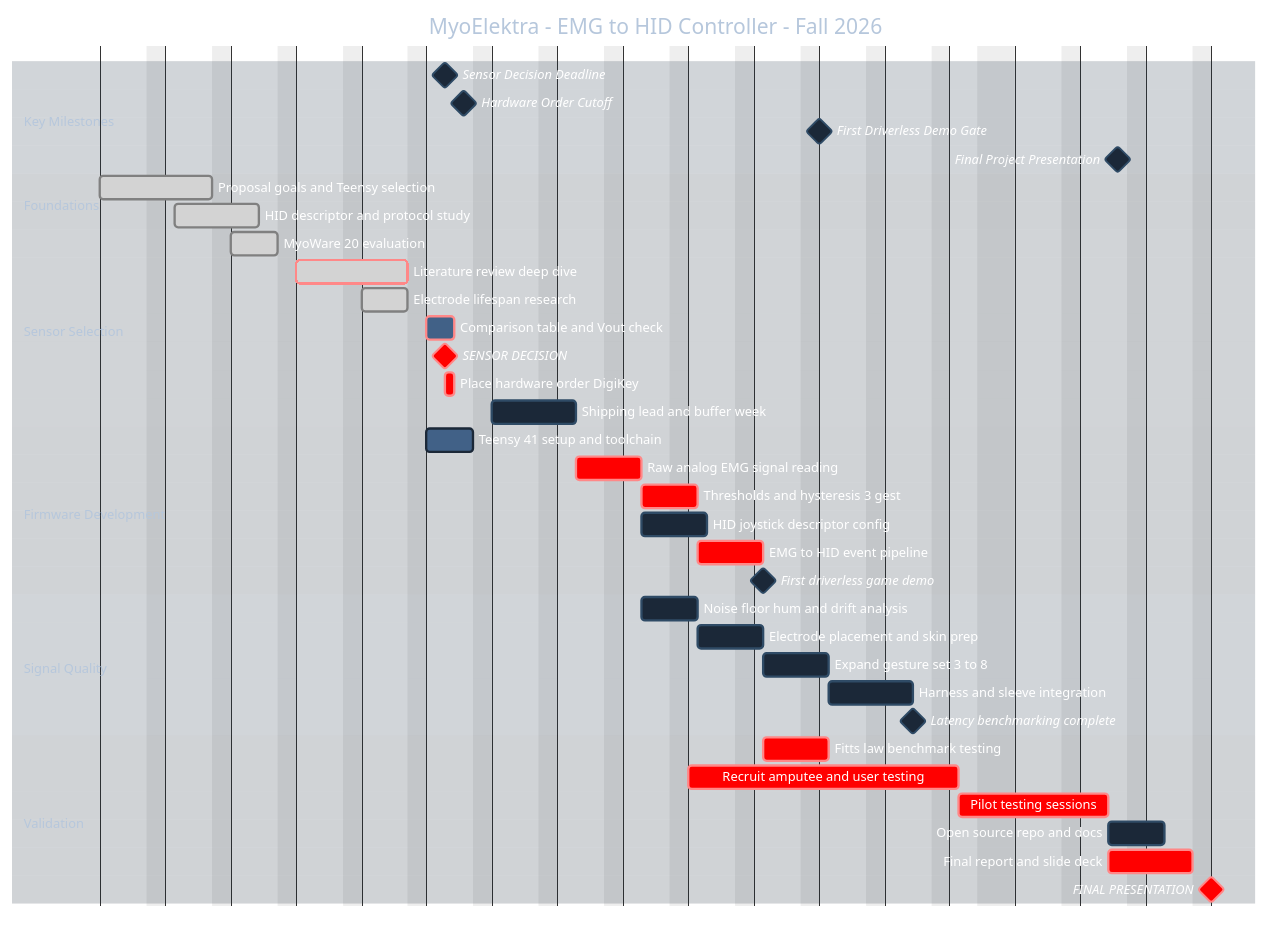
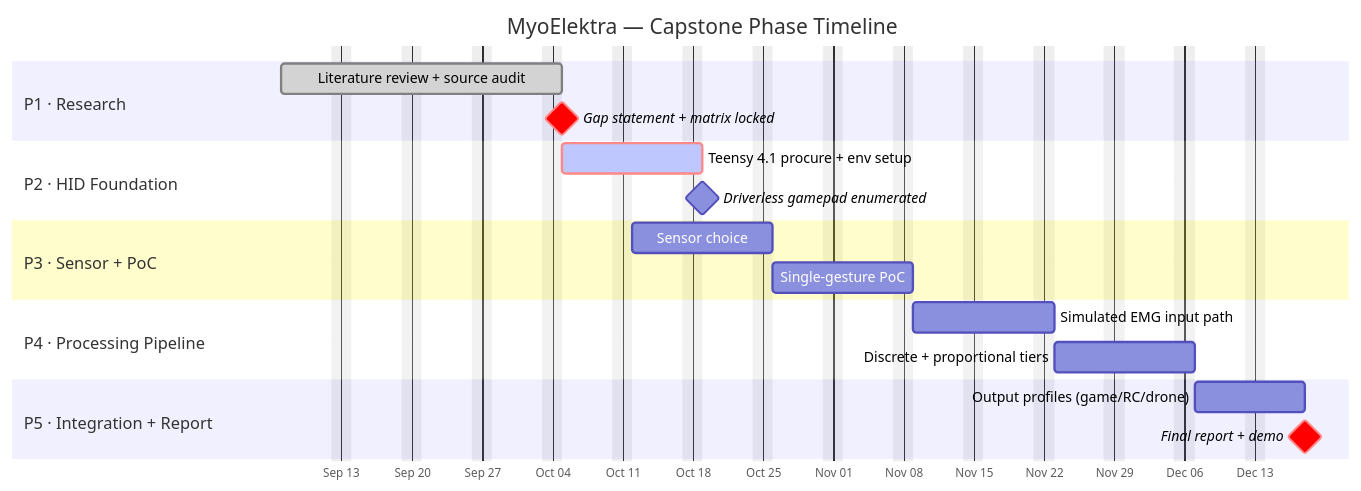
Before and after one commit to alexs-2020/MyoElektra: the diagram in README.md, drawn with Mermaid.

Commit message:
Revise Gantt chart for project timeline
Updated Gantt chart in README to reflect new project phases and milestones.

````diff
--- a/README.md
+++ b/README.md
@@ -17,52 +17,42 @@
 ```mermaid
-%%{init: {'theme': 'base', 'themeVariables': { 'primaryColor': '#1b2838', 'primaryBorderColor': '#2f4b66', 'primaryTextColor': '#ffffff', 'sectionBkgColor': '#1d2f42', 'altSectionBkgColor': '#152332', 'gridColor': '#3a5878', 'todayLineColor': '#f5c518'}}}%%
+%%{init: {"gantt": {
+  "useWidth": 1180,
+  "leftPadding": 230,
+  "barHeight": 26,
+  "barGap": 8,
+  "sectionFontSize": 14,
+  "fontSize": 12,
+  "gridColor": "#c9c9c9",
+  "todayLineColor": "#e63946",
+  "sectionBkgColor": ["#f2f4f8", "#ffffff"],
+  "altBkgColor": ["#fafbfd", "#f2f4f8"],
+  "taskTextColor": "#111111",
+  "sectionBkgColorTransparency": false
+}}}%%
 gantt
-    title MyoElektra - EMG to HID Controller - Fall 2026
+    title MyoElektra — Capstone Phase Timeline
     dateFormat  YYYY-MM-DD
     axisFormat  %b %d
     tickInterval 1week
-    weekday monday
-    excludes weekends, 2026-11-26, 2026-11-27, 2026-11-28
+    excludes    weekends
 
-    section Key Milestones
-    Sensor Decision Deadline           :milestone, vm1, 2026-09-30, 0d
-    Hardware Order Cutoff              :milestone, vm2, 2026-10-02, 0d
-    First Driverless Demo Gate         :milestone, vm3, 2026-11-09, 0d
-    Final Project Presentation         :milestone, vm4, 2026-12-11, 0d
+    section P1 · Research
+    Literature review + source audit  :done,      p1, 2026-09-07, 2026-10-05
+    Gap statement + matrix locked     :milestone, crit, m1, 2026-10-05, 0d
 
-    section Foundations
-    Proposal goals and Teensy selection :done, f1, 2026-08-24, 10d
-    HID descriptor and protocol study   :done, f2, 2026-09-01, 7d
+    section P2 · HID Foundation
+    Teensy 4.1 procure + env setup   :active,    crit, p2, 2026-10-05, 2026-10-19
+    Driverless gamepad enumerated    :milestone, m2, 2026-10-19, 0d
 
-    section Sensor Selection
-    MyoWare 20 evaluation               :done, s1, 2026-09-07, 5d
-    Literature review deep dive         :done, crit, s2, 2026-09-14, 10d
-    Electrode lifespan research         :done, s3, 2026-09-21, 5d
-    Comparison table and Vout check     :active, crit, s4, 2026-09-28, 3d
-    SENSOR DECISION                     :milestone, crit, m2, 2026-09-30, 0d
-    Place hardware order DigiKey        :crit, o1, after m2, 1d
-    Shipping lead and buffer week       :o2, 2026-10-05, 7d
+    section P3 · Sensor + PoC
+    Sensor choice: Olimex vs MyoWare :           p3a, 2026-10-12, 2026-10-26
+    Single-gesture PoC               :           p3b, 2026-10-26, 2026-11-09
 
-    section Firmware Development
-    Teensy 41 setup and toolchain       :active, w1, 2026-09-28, 5d
-    Raw analog EMG signal reading       :crit, w2, after o2, 5d
-    Thresholds and hysteresis 3 gest    :crit, w3, after w2, 4d
-    HID joystick descriptor config      :w4, after w2, 5d
-    EMG to HID event pipeline           :crit, w5, after w3, 5d
-    First driverless game demo          :milestone, m3, after w5, 0d
+    section P4 · Processing Pipeline
+    Simulated EMG input path         :           p4a, 2026-11-09, 2026-11-23
+    Discrete + proportional tiers   :           p4b, 2026-11-23, 2026-12-07
 
-    section Signal Quality
-    Noise floor hum and drift analysis  :q1, after w2, 4d
-    Electrode placement and skin prep   :q2, after q1, 5d
-    Expand gesture set 3 to 8           :q3, after q2, 5d
-    Harness and sleeve integration      :q4, after q3, 7d
-    Latency benchmarking complete       :milestone, m4, after q4, 0d
-
-    section Validation
-    Fitts law benchmark testing         :crit, v1, after m3, 5d
-    Recruit amputee and user testing    :crit, r1, 2026-10-26, 21d
-    Pilot testing sessions              :crit, v2, after r1, 10d
-    Open source repo and docs           :v3, after v2, 4d
-    Final report and slide deck         :crit, v4, after v2, 7d
-    FINAL PRESENTATION                  :milestone, crit, m5, after v4, 0d
+    section P5 · Integration + Report
+    Output profiles (game/RC/drone) :           p5a, 2026-12-07, 2026-12-18
+    Final report + demo              :milestone, crit, m3, 2026-12-18, 0d
 ```
````
